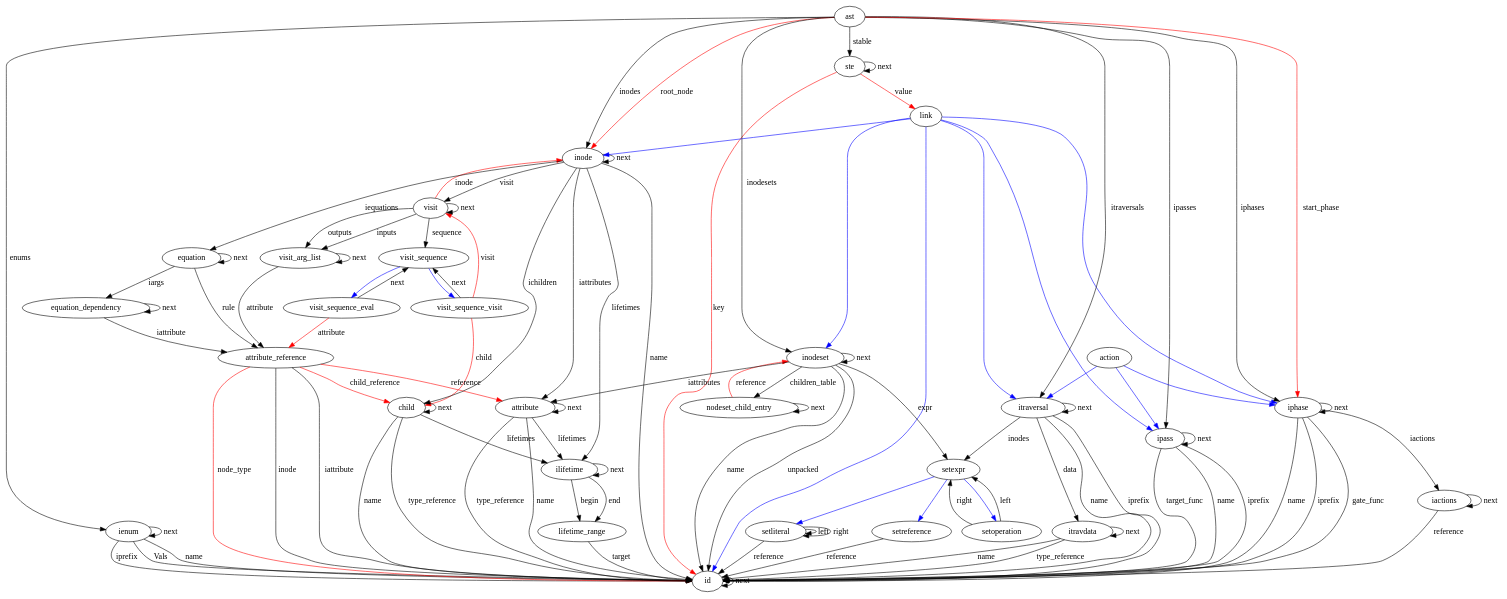
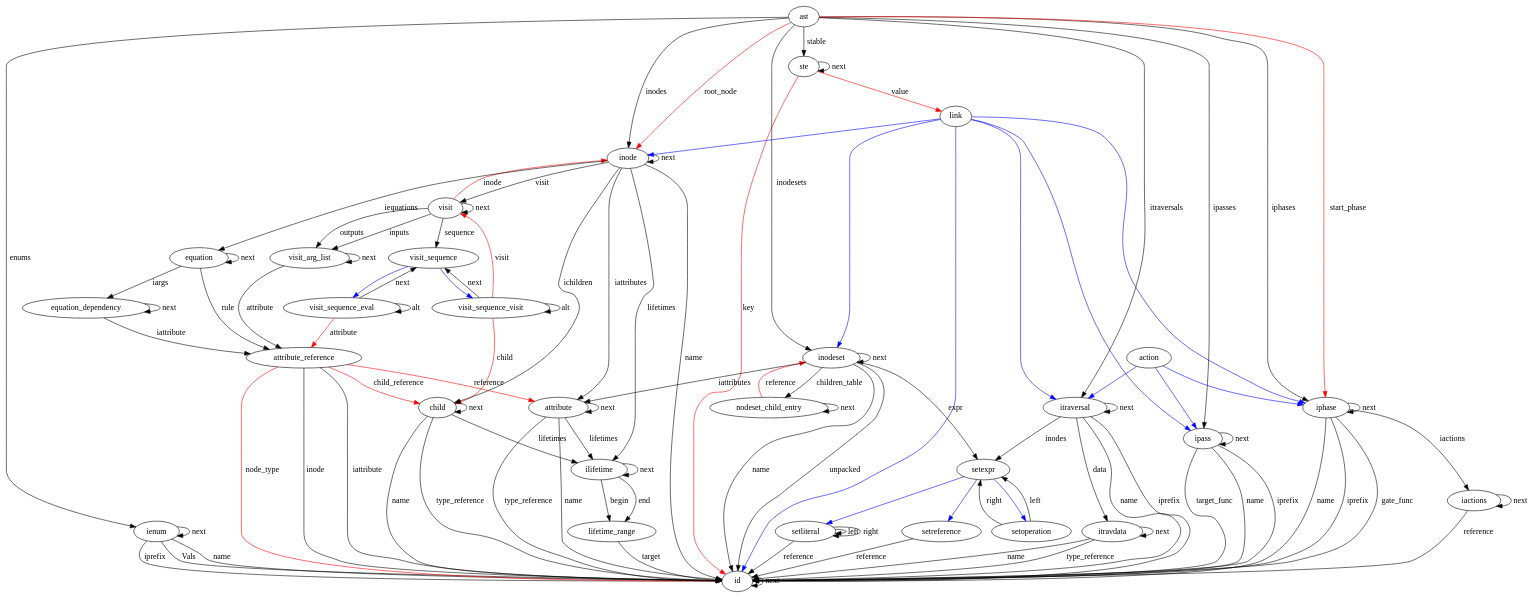
Before and after one commit to CoCoNut-UvA/coconut: the diagram in cocogen/ccngen/ast.dot, drawn with Graphviz. The commit also changed 10 other files, not shown here.

```diff
--- a/cocogen/ccngen/ast.dot
+++ b/cocogen/ccngen/ast.dot
@@ -1,137 +1,139 @@
 digraph Ast {
 id;
 id -> id[label="next"]
 ienum;
 ienum -> id[label="Vals"]
 ienum -> id[label="name"]
 ienum -> id[label="iprefix"]
 ienum -> ienum[label="next"]
 visit_sequence_visit;
+visit_sequence_visit -> visit_sequence_visit[label="alt"]
 visit_sequence_visit -> visit_sequence[label="next"]
 visit_sequence_visit -> child[color=red, label="child"]
 visit_sequence_visit -> visit[color=red, label="visit"]
 visit_sequence_eval;
+visit_sequence_eval -> visit_sequence_eval[label="alt"]
 visit_sequence_eval -> visit_sequence[label="next"]
 visit_sequence_eval -> attribute_reference[color=red, label="attribute"]
 visit;
 visit -> visit_sequence[label="sequence"]
 visit -> visit_arg_list[label="inputs"]
 visit -> visit_arg_list[label="outputs"]
 visit -> visit[label="next"]
 visit -> inode[color=red, label="inode"]
 visit_arg_list;
 visit_arg_list -> attribute_reference[label="attribute"]
 visit_arg_list -> visit_arg_list[label="next"]
 attribute_reference;
 attribute_reference -> id[label="inode"]
 attribute_reference -> id[label="iattribute"]
 attribute_reference -> id[color=red, label="node_type"]
 attribute_reference -> attribute[color=red, label="reference"]
 attribute_reference -> child[color=red, label="child_reference"]
 equation_dependency;
 equation_dependency -> attribute_reference[label="iattribute"]
 equation_dependency -> equation_dependency[label="next"]
 equation;
 equation -> attribute_reference[label="rule"]
 equation -> equation_dependency[label="iargs"]
 equation -> equation[label="next"]
 attribute;
 attribute -> id[label="name"]
 attribute -> id[label="type_reference"]
 attribute -> ilifetime[label="lifetimes"]
 attribute -> attribute[label="next"]
 itravdata;
 itravdata -> id[label="name"]
 itravdata -> id[label="type_reference"]
 itravdata -> itravdata[label="next"]
 setoperation;
 setoperation -> setexpr[label="left"]
 setoperation -> setexpr[label="right"]
 setliteral;
 setliteral -> id[label="reference"]
 setliteral -> setliteral[label="left"]
 setliteral -> setliteral[label="right"]
 setreference;
 setreference -> id[label="reference"]
 ste;
 ste -> ste[label="next"]
 ste -> id[color=red, label="key"]
 ste -> link[color=red, label="value"]
 child;
 child -> id[label="name"]
 child -> ilifetime[label="lifetimes"]
 child -> child[label="next"]
 child -> id[label="type_reference"]
 lifetime_range;
 lifetime_range -> id[label="target"]
 ilifetime;
 ilifetime -> lifetime_range[label="begin"]
 ilifetime -> lifetime_range[label="end"]
 ilifetime -> ilifetime[label="next"]
 nodeset_child_entry;
 nodeset_child_entry -> nodeset_child_entry[label="next"]
 nodeset_child_entry -> inodeset[color=red, label="reference"]
 inodeset;
 inodeset -> id[label="name"]
 inodeset -> setexpr[label="expr"]
 inodeset -> attribute[label="iattributes"]
 inodeset -> id[label="unpacked"]
 inodeset -> inodeset[label="next"]
 inodeset -> nodeset_child_entry[label="children_table"]
 inode;
 inode -> id[label="name"]
 inode -> inode[label="next"]
 inode -> child[label="ichildren"]
 inode -> attribute[label="iattributes"]
 inode -> equation[label="iequations"]
 inode -> ilifetime[label="lifetimes"]
 inode -> visit[label="visit"]
 ipass;
 ipass -> id[label="name"]
 ipass -> id[label="iprefix"]
 ipass -> id[label="target_func"]
 ipass -> ipass[label="next"]
 itraversal;
 itraversal -> id[label="name"]
 itraversal -> id[label="iprefix"]
 itraversal -> setexpr[label="inodes"]
 itraversal -> itravdata[label="data"]
 itraversal -> itraversal[label="next"]
 iphase;
 iphase -> id[label="name"]
 iphase -> id[label="iprefix"]
 iphase -> id[label="gate_func"]
 iphase -> iactions[label="iactions"]
 iphase -> iphase[label="next"]
 iactions;
 iactions -> id[label="reference"]
 iactions -> iactions[label="next"]
 ast;
 ast -> iphase[label="iphases"]
 ast -> itraversal[label="itraversals"]
 ast -> ipass[label="ipasses"]
 ast -> inode[label="inodes"]
 ast -> inodeset[label="inodesets"]
 ast -> ienum[label="enums"]
 ast -> ste[label="stable"]
 ast -> inode[color=red, label="root_node"]
 ast -> iphase[color=red, label="start_phase"]
 visit_sequence;
 visit_sequence -> visit_sequence_eval [color=blue]
 visit_sequence -> visit_sequence_visit [color=blue]
 setexpr;
 setexpr -> setoperation [color=blue]
 setexpr -> setreference [color=blue]
 setexpr -> setliteral [color=blue]
 link;
 link -> iphase [color=blue]
 link -> itraversal [color=blue]
 link -> ipass [color=blue]
 link -> inode [color=blue]
 link -> inodeset [color=blue]
 link -> id [color=blue]
 action;
 action -> iphase [color=blue]
 action -> itraversal [color=blue]
 action -> ipass [color=blue]
 }
```
